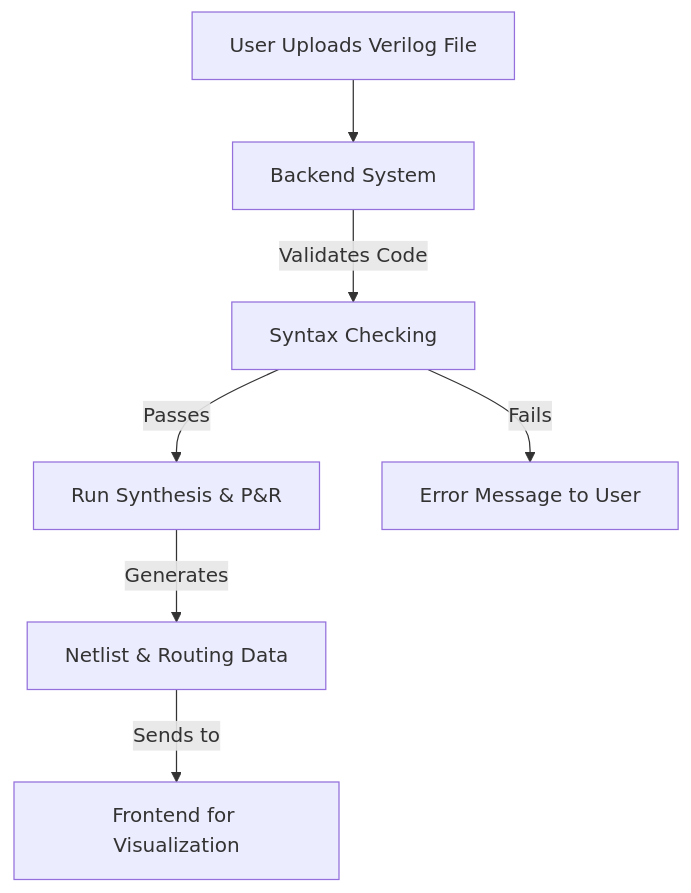
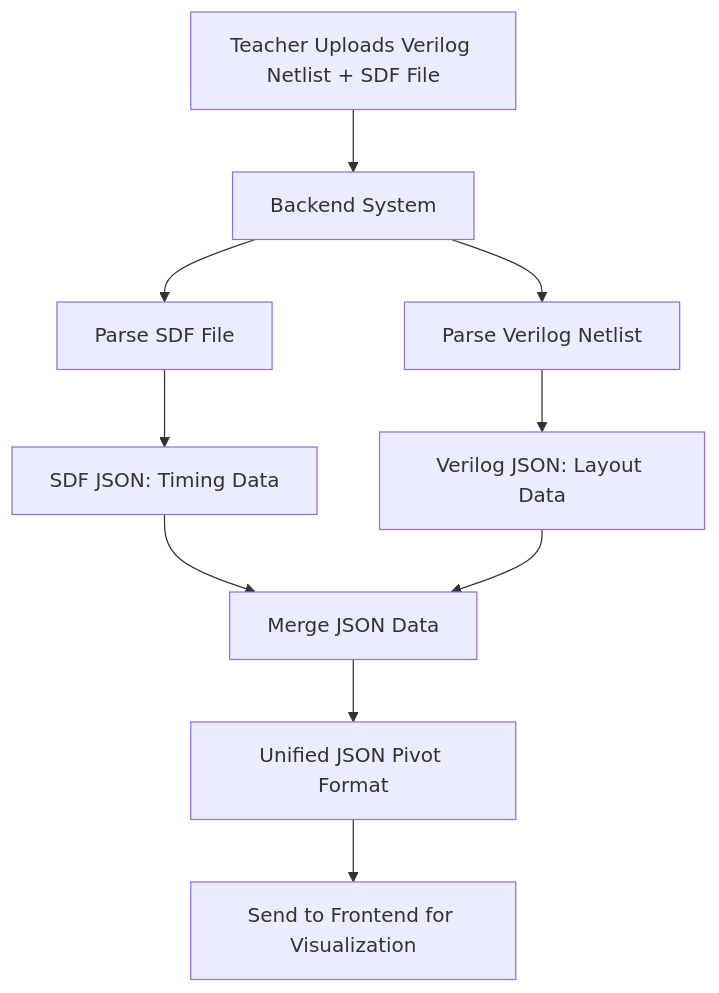
Before and after one commit to algosup/2024-2025-project-4-web-fpga-team-5: the second of 2 diagrams in documents/functional/functionalSpecifications.md, drawn with Mermaid. The commit also changed other lines of this file and 6 other files, not shown here.

````diff
--- a/documents/functional/functionalSpecifications.md
+++ b/documents/functional/functionalSpecifications.md
@@ -305,9 +231,12 @@
 ```mermaid
-flowchart TD;
-    A[User Uploads Verilog File] --> B[Backend System]
-    B -->|Validates Code| C[Syntax Checking]
-    C -->|Passes| D[Run Synthesis & P&R]
-    D -->|Generates| E[Netlist & Routing Data]
-    E -->|Sends to| F[Frontend for Visualization]
-    C -->|Fails| G[Error Message to User]
+flowchart TD
+    A[Teacher Uploads Verilog Netlist + SDF File] --> B[Backend System]
+    B --> C[Parse SDF File]
+    B --> D[Parse Verilog Netlist]
+    C --> E[SDF JSON: Timing Data]
+    D --> F[Verilog JSON: Layout Data]
+    E --> G[Merge JSON Data]
+    F --> G
+    G --> H[Unified JSON Pivot Format]
+    H --> I[Send to Frontend for Visualization]
 ```
````
